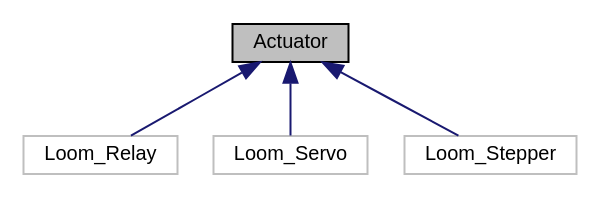
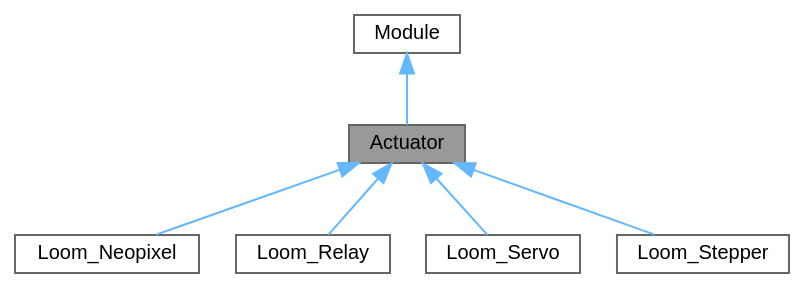
The diagram in docs/class_actuator__inherit__graph.dot (OPEnSLab-OSU/Loom-V4), drawn with Graphviz before and after one commit. The commit also changed 773 other files, not shown here.

```diff
--- a/docs/class_actuator__inherit__graph.dot
+++ b/docs/class_actuator__inherit__graph.dot
@@ -1,13 +1,18 @@
 digraph "Actuator"
 {
  // LATEX_PDF_SIZE
-  edge [fontname="Helvetica",fontsize="10",labelfontname="Helvetica",labelfontsize="10"];
-  node [fontname="Helvetica",fontsize="10",shape=record];
-  Node1 [label="Actuator",height=0.2,width=0.4,color="black", fillcolor="grey75", style="filled", fontcolor="black",tooltip="All actuators eg."];
-  Node1 -> Node2 [dir="back",color="midnightblue",fontsize="10",style="solid",fontname="Helvetica"];
-  Node2 [label="Loom_Relay",height=0.2,width=0.4,color="grey75", fillcolor="white", style="filled",URL="$class_loom___relay.html",tooltip=" "];
-  Node1 -> Node3 [dir="back",color="midnightblue",fontsize="10",style="solid",fontname="Helvetica"];
-  Node3 [label="Loom_Servo",height=0.2,width=0.4,color="grey75", fillcolor="white", style="filled",URL="$class_loom___servo.html",tooltip=" "];
-  Node1 -> Node4 [dir="back",color="midnightblue",fontsize="10",style="solid",fontname="Helvetica"];
-  Node4 [label="Loom_Stepper",height=0.2,width=0.4,color="grey75", fillcolor="white", style="filled",URL="$class_loom___stepper.html",tooltip=" "];
+  bgcolor="transparent";
+  edge [fontname=Helvetica,fontsize=10,labelfontname=Helvetica,labelfontsize=10];
+  node [fontname=Helvetica,fontsize=10,shape=box,height=0.2,width=0.4];
+  Node1 [label="Actuator",height=0.2,width=0.4,color="gray40", fillcolor="grey60", style="filled", fontcolor="black",tooltip=" "];
+  Node2 -> Node1 [dir="back",color="steelblue1",style="solid"];
+  Node2 [label="Module",height=0.2,width=0.4,color="gray40", fillcolor="white", style="filled",URL="$class_module.html",tooltip=" "];
+  Node1 -> Node3 [dir="back",color="steelblue1",style="solid"];
+  Node3 [label="Loom_Neopixel",height=0.2,width=0.4,color="gray40", fillcolor="white", style="filled",URL="$class_loom___neopixel.html",tooltip=" "];
+  Node1 -> Node4 [dir="back",color="steelblue1",style="solid"];
+  Node4 [label="Loom_Relay",height=0.2,width=0.4,color="gray40", fillcolor="white", style="filled",URL="$class_loom___relay.html",tooltip=" "];
+  Node1 -> Node5 [dir="back",color="steelblue1",style="solid"];
+  Node5 [label="Loom_Servo",height=0.2,width=0.4,color="gray40", fillcolor="white", style="filled",URL="$class_loom___servo.html",tooltip=" "];
+  Node1 -> Node6 [dir="back",color="steelblue1",style="solid"];
+  Node6 [label="Loom_Stepper",height=0.2,width=0.4,color="gray40", fillcolor="white", style="filled",URL="$class_loom___stepper.html",tooltip=" "];
 }
```
